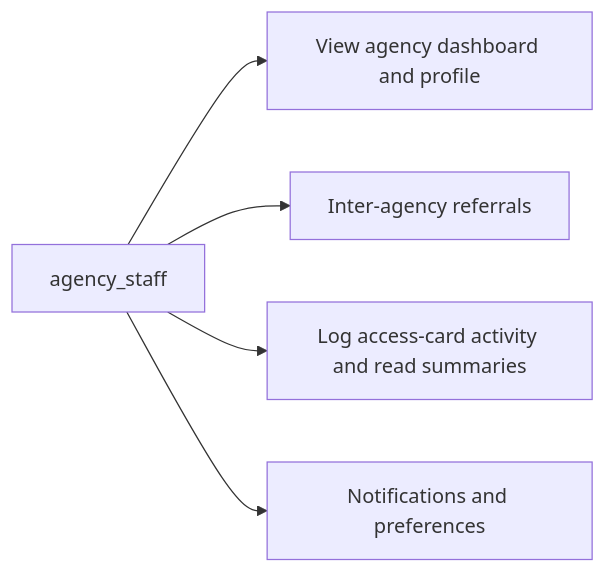
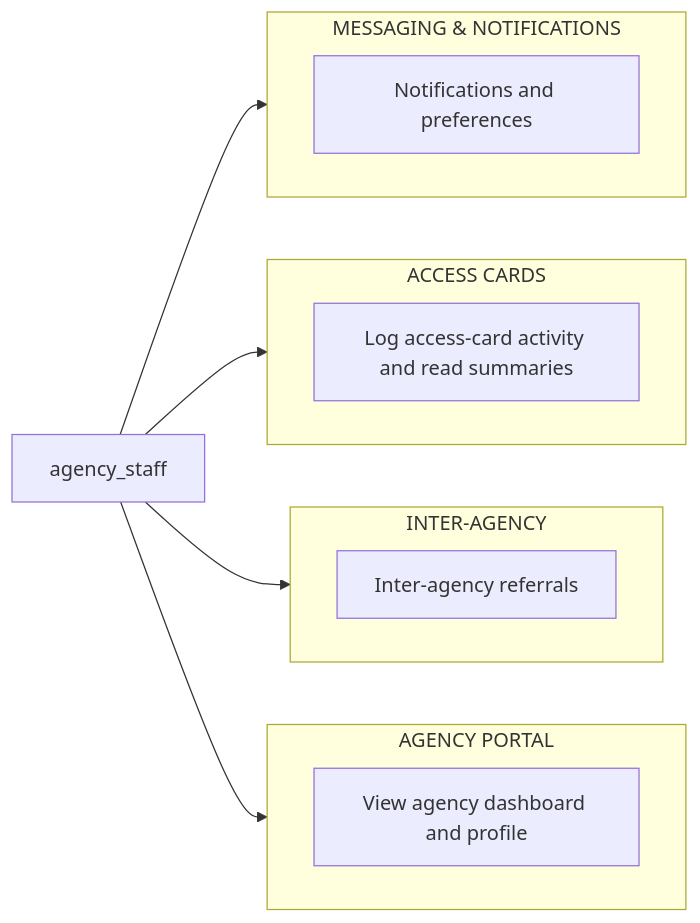
Before and after one commit to urlsalimbot/THESIS1-KAPWA: diagram 11 of 11 in docs/diagrams/02-use-case-diagram.md, drawn with Mermaid. The commit also changed other lines of this file, not shown here.

Commit message:
docs: group use cases by category within each per-role diagram

````diff
--- a/docs/diagrams/02-use-case-diagram.md
+++ b/docs/diagrams/02-use-case-diagram.md
@@ -130,8 +362,29 @@
 ```mermaid
 flowchart LR
     AS["agency_staff"]
-    AS --> UC1["View agency dashboard and profile"]
-    AS --> UC2["Inter-agency referrals"]
-    AS --> UC3["Log access-card activity and read summaries"]
-    AS --> UC4["Notifications and preferences"]
+
+    subgraph AgencyPortal[AGENCY PORTAL]
+        direction LR
+        P1["View agency dashboard and profile"]
+    end
+
+    subgraph InterAgency[INTER-AGENCY]
+        direction LR
+        P2["Inter-agency referrals"]
+    end
+
+    subgraph AccessCards[ACCESS CARDS]
+        direction LR
+        P3["Log access-card activity and read summaries"]
+    end
+
+    subgraph Messaging[MESSAGING & NOTIFICATIONS]
+        direction LR
+        P4["Notifications and preferences"]
+    end
+
+    AS --> P1
+    AS --> P2
+    AS --> P3
+    AS --> P4
 ```
````
